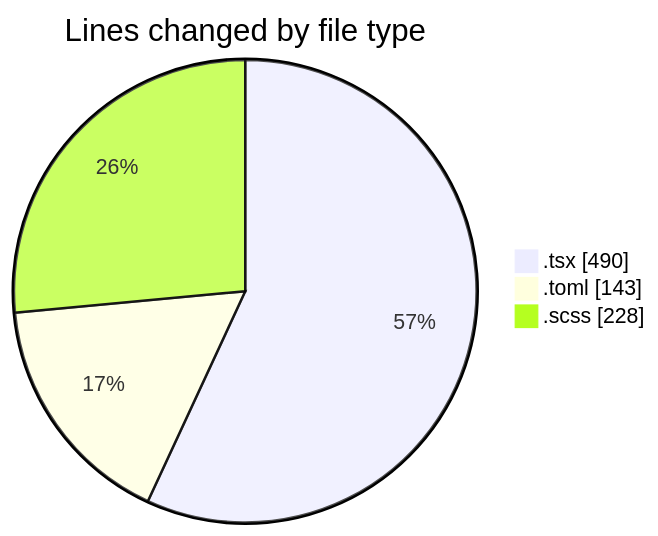
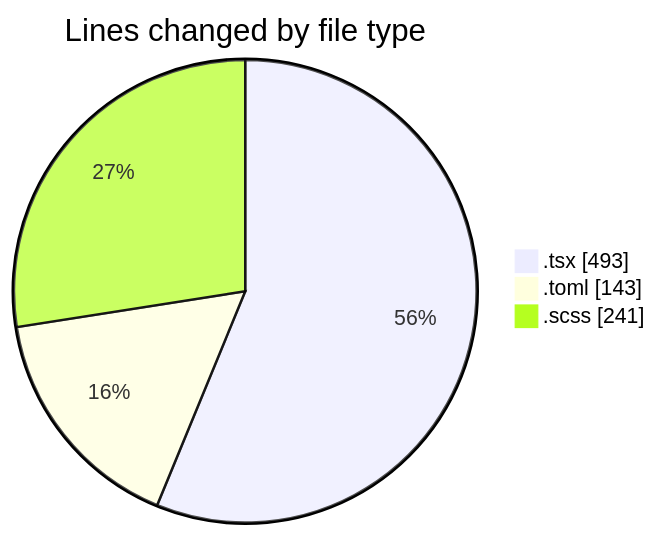
One commit to momahboobian/code-tracking changed the first of 2 diagrams in 2026-11-02/cda/README.md. Above: the diagram before and after it, drawn with Mermaid. The commit also changed other lines of this file and 1 other file, not shown here.

````diff
--- a/2026-11-02/cda/README.md
+++ b/2026-11-02/cda/README.md
@@ -23,7 +23,7 @@
 ```mermaid
 pie showData
 title Lines changed by file type
-".tsx" : 490
+".tsx" : 493
 ".toml" : 143
-".scss" : 228
+".scss" : 241
 ```
````
